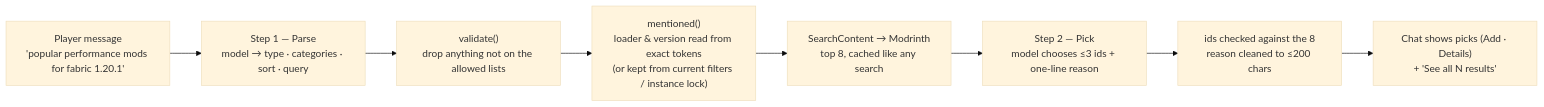
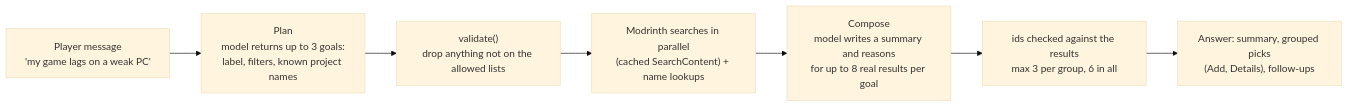
One commit to Juan17la/Udeos_Launcher changed the second of 2 diagrams in docs/system-design/04-search.md. Above: the diagram before and after it, drawn with Mermaid (base theme). The commit also changed other lines of this file and 91 other files, not shown here.

Commit message:
docs: user guide, architecture, internals and development sections; visual README, CONTRIBUTING, SECURITY

````diff
--- a/docs/system-design/04-search.md
+++ b/docs/system-design/04-search.md
@@ -159,10 +160,9 @@
 ```mermaid
 flowchart LR
-  A["Player message<br/>'popular performance mods for fabric 1.20.1'"] --> B["Step 1 — Parse<br/>model → type · categories · sort · query"]
+  A["Player message<br/>'my game lags on a weak PC'"] --> B["Plan<br/>model returns up to 3 goals:<br/>label, filters, known project names"]
   B --> C["validate()<br/>drop anything not on the allowed lists"]
-  C --> D["mentioned()<br/>loader & version read from exact tokens<br/>(or kept from current filters / instance lock)"]
-  D --> E["SearchContent → Modrinth<br/>top 8, cached like any search"]
-  E --> F["Step 2 — Pick<br/>model chooses ≤3 ids + one-line reason"]
-  F --> G["ids checked against the 8<br/>reason cleaned to ≤200 chars"]
-  G --> H["Chat shows picks (Add · Details)<br/>+ 'See all N results'"]
+  C --> D["Modrinth searches in parallel<br/>(cached SearchContent) + name lookups"]
+  D --> E["Compose<br/>model writes a summary and reasons<br/>for up to 8 real results per goal"]
+  E --> F["ids checked against the results<br/>max 3 per group, 6 in all"]
+  F --> G["Answer: summary, grouped picks<br/>(Add, Details), follow-ups"]
 ```
````
